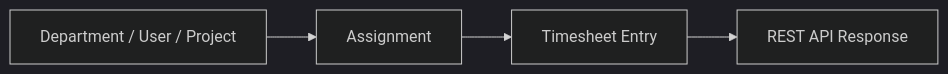
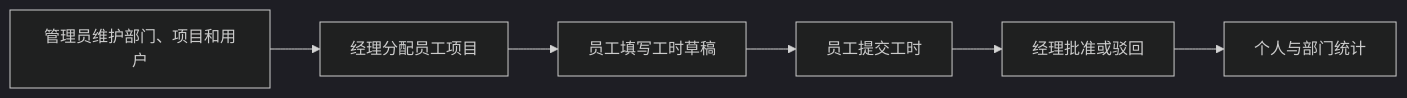
The first of 2 diagrams in projects/timesheet-system/ARCHITECTURE.md (vanyiung/Project), drawn with Mermaid (dark theme) before and after one commit. The commit also changed other lines of this file and 24 other files, not shown here.

````diff
--- a/projects/timesheet-system/ARCHITECTURE.md
+++ b/projects/timesheet-system/ARCHITECTURE.md
@@ -18,6 +19,8 @@
 ```mermaid
 flowchart LR
-    A["Department / User / Project"] --> B["Assignment"]
-    B --> C["Timesheet Entry"]
-    C --> D["REST API Response"]
+    A["管理员维护部门、项目和用户"] --> B["经理分配员工项目"]
+    B --> C["员工填写工时草稿"]
+    C --> D["员工提交工时"]
+    D --> E["经理批准或驳回"]
+    E --> F["个人与部门统计"]
 ```
````
